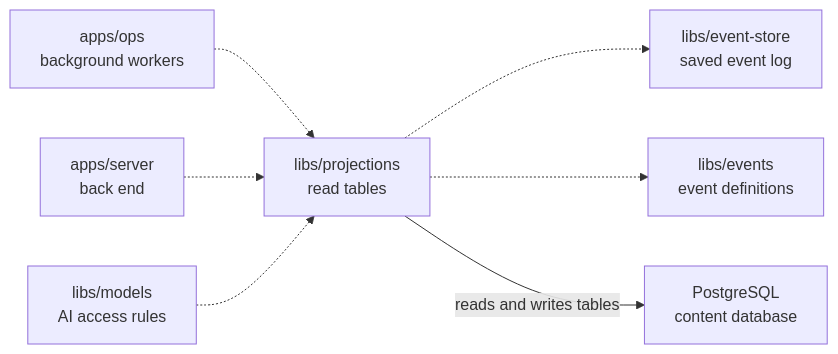
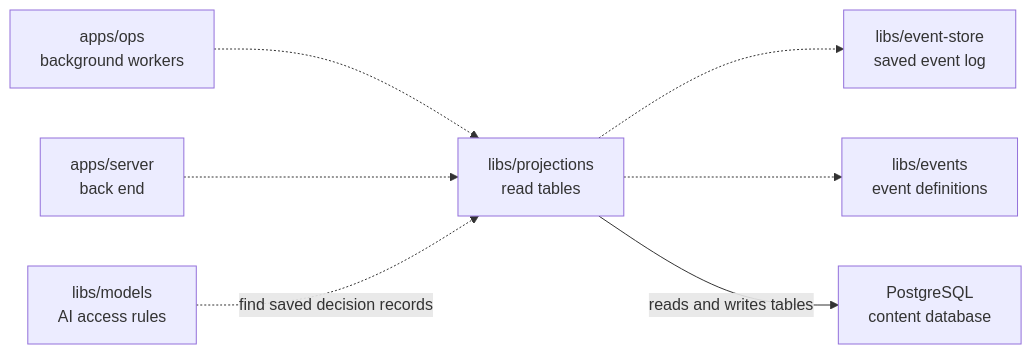
One commit to elewa-git/opencrane-new changed the diagram in libs/projections/README.md. Above: the diagram before and after it, drawn with Mermaid. The commit also changed other lines of this file and 47 other files, not shown here.

````diff
--- a/libs/projections/README.md
+++ b/libs/projections/README.md
@@ -19,9 +19,9 @@
 ```mermaid
 flowchart LR
   ops["apps/ops<br/>background workers"] -.-> projections["libs/projections<br/>read tables"]
   server["apps/server<br/>back end"] -.-> projections
-  models["libs/models<br/>AI access rules"] -.-> projections
+  models["libs/models<br/>AI access rules"] -.->|find saved decision records| projections
   projections -.-> store["libs/event-store<br/>saved event log"]
   projections -.-> events["libs/events<br/>event definitions"]
   projections -->|reads and writes tables| pg["PostgreSQL<br/>content database"]
 ```
````
